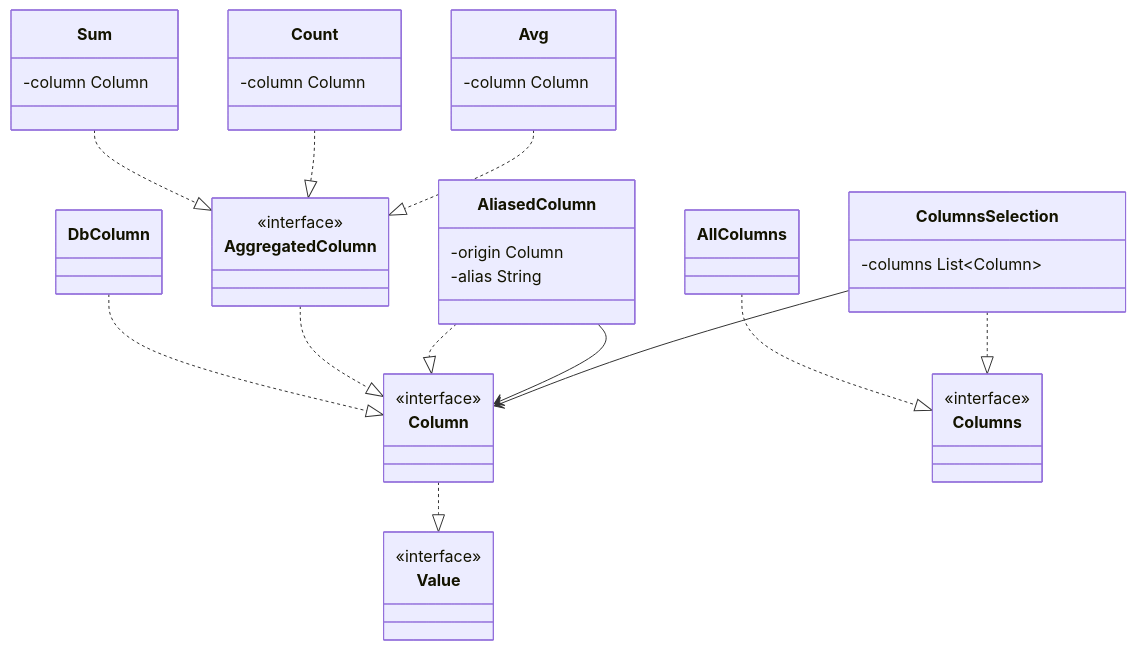
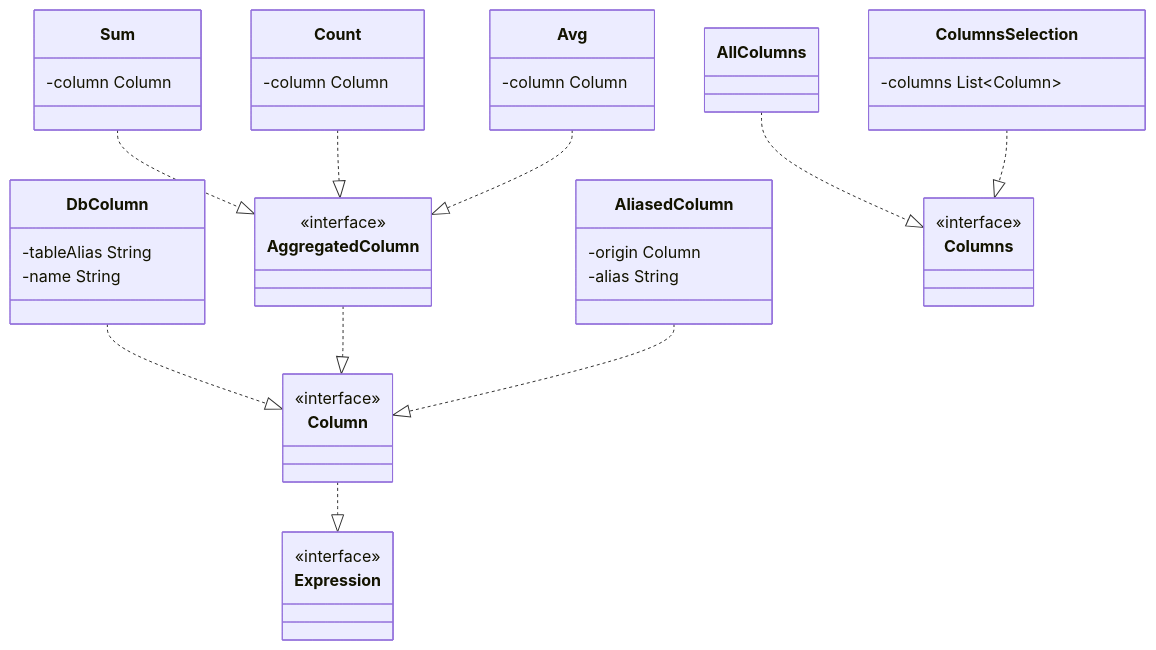
Before and after one commit to safarislava/QueryBricks: the fifth of 10 diagrams in docs/domain.md, drawn with Mermaid. The commit also changed other lines of this file, not shown here.

Commit message:
docs: Remove schema

````diff
--- a/docs/domain.md
+++ b/docs/domain.md
@@ -115,55 +120,55 @@
 ```mermaid
 classDiagram
-    class Value {
+    class Expression {
         <<interface>>
     }
 
     class Column {
         <<interface>>
     }
-    Column ..|> Value
+    Column ..|> Expression
 
-    %% колонка должна знать имя своей таблицы для однозначной идентификации при кодировании в SQL
-    class DbColumn
+    class DbColumn {
+        -tableAlias String
+        -name String
+    }
     DbColumn ..|> Column
 
     class AggregatedColumn {
         <<interface>>
     }
     AggregatedColumn ..|> Column
 
     class Sum {
         -column Column
     }
     Sum ..|> AggregatedColumn
 
     class Count {
         -column Column
     }
     Count ..|> AggregatedColumn
 
     class Avg {
         -column Column
     }
     Avg ..|> AggregatedColumn
 
     class AliasedColumn {
         -origin Column
         -alias String
     }
     AliasedColumn ..|> Column
-    AliasedColumn --> Column
 
     class Columns {
         <<interface>>
     }
 
     class AllColumns
     AllColumns ..|> Columns
 
     class ColumnsSelection {
         -columns List~Column~
     }
     ColumnsSelection ..|> Columns
-    ColumnsSelection --> Column
 ```
````
